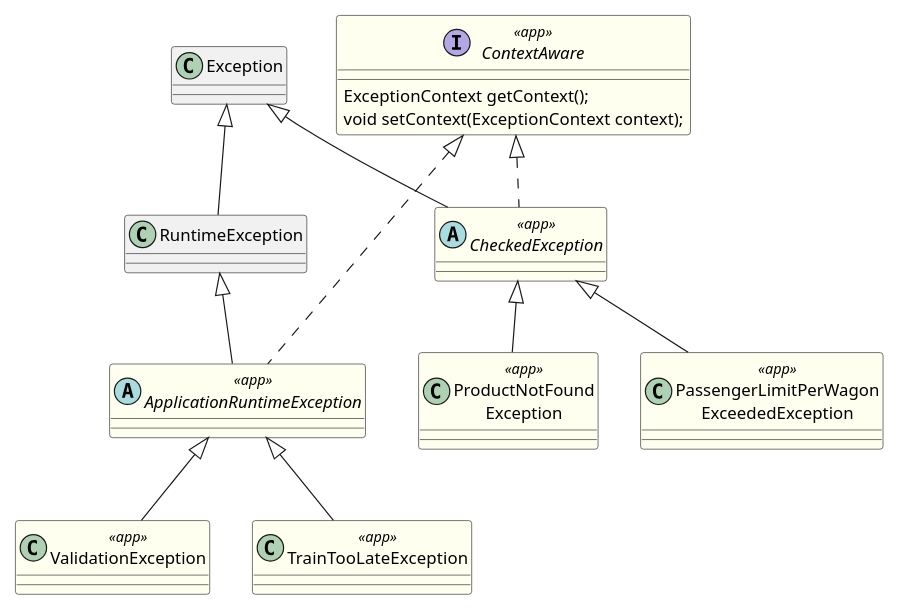
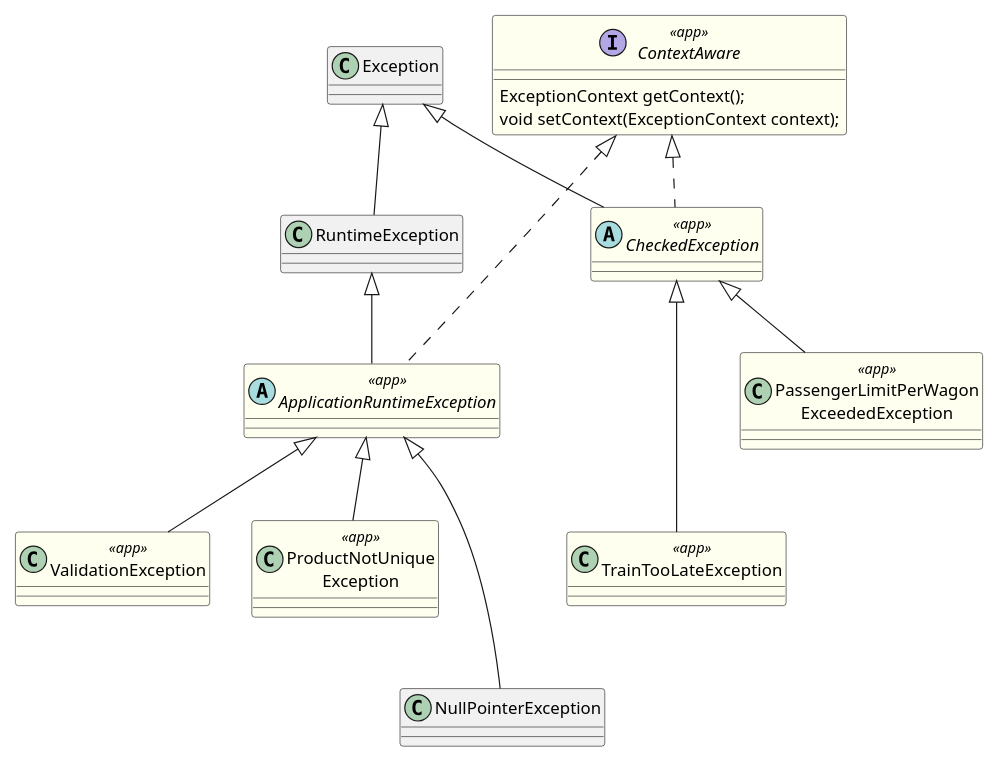
The diagram in course-6/docs/diagrams/exceptions-model.puml (ThorstenEckstein/dhbw-advanced-programming), drawn with PlantUML before and after one commit. The commit also changed 4 other files, not shown here.

```diff
--- a/course-6/docs/diagrams/exceptions-model.puml
+++ b/course-6/docs/diagrams/exceptions-model.puml
@@ -1,49 +1,50 @@
 @startuml
 'https://plantuml.com/class-diagram
 
 scale 0.8
 
 ' skin params, settings
 
 skinparam note {
   fontStyle italic
 }
 
 skinparam class {
   backgroundColor<<app>> #fffff0
 }
 
 skinparam groupInheritance 1
 
 ' classes
 
 interface ContextAware <<app>> {
   ExceptionContext getContext();
   void setContext(ExceptionContext context);
 }
 class Exception
 class RuntimeException
 abstract class ApplicationRuntimeException <<app>>
 abstract class CheckedException <<app>>
 class ValidationException <<app>>
 class TrainTooLateException <<app>>
-class ProductNotFound\nException <<app>>
+class ProductNotUnique\nException <<app>>
 class PassengerLimitPerWagon\nExceededException <<app>>
 
 ' Associations
 
 ' from Java Libraries
 Exception            <|--   RuntimeException
 Exception            <|--   CheckedException
 RuntimeException     <|--   ApplicationRuntimeException
 ' Application specific
 ContextAware         <|..   ApplicationRuntimeException
 ContextAware         <|..   CheckedException
 
 ApplicationRuntimeException <|--  ValidationException
-ApplicationRuntimeException <|--  TrainTooLateException
+ApplicationRuntimeException <|--  ProductNotUnique\nException
+ApplicationRuntimeException <|--- NullPointerException
 
 CheckedException     <|--  PassengerLimitPerWagon\nExceededException
-CheckedException     <|--  ProductNotFound\nException
+CheckedException     <|--- TrainTooLateException
 
 @enduml
```
